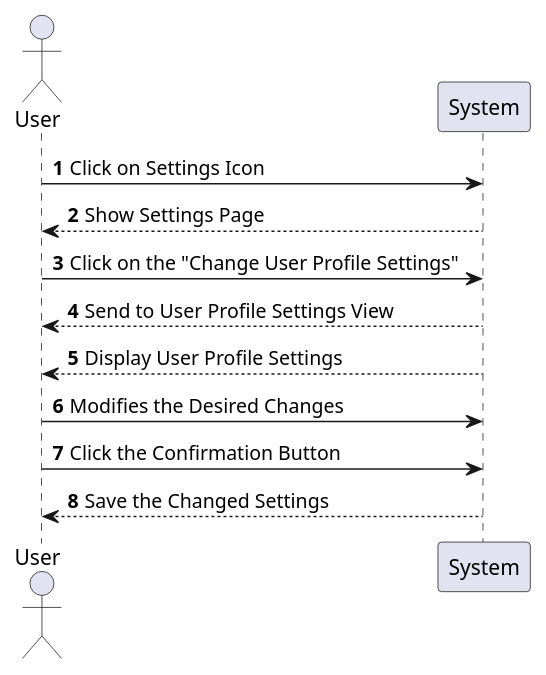
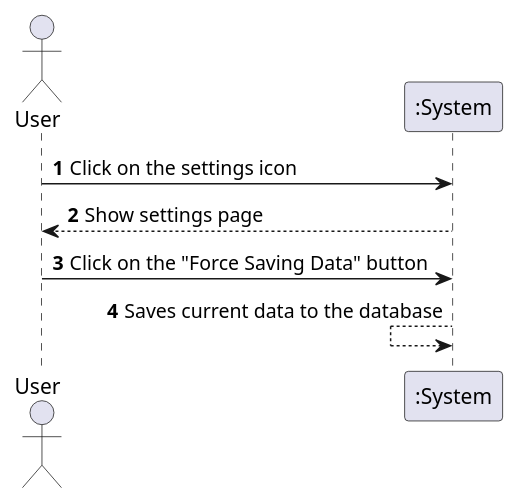
Before and after one commit to VitorHTeixeira/DSSMV_ProjectDroid_1232067_1241131_1241008: the diagram in UMLs/UC_SSD/uml/UCSS_UCSSD/UCSS4_UCSSD.puml, drawn with PlantUML. The commit also changed other lines of this file and 32 other files, not shown here.

```diff
--- a/UMLs/UC_SSD/uml/UCSS_UCSSD/UCSS4_UCSSD.puml
+++ b/UMLs/UC_SSD/uml/UCSS_UCSSD/UCSS4_UCSSD.puml
@@ -1,20 +1,15 @@
 @startuml
 'https://plantuml.com/sequence-diagram
 
 autonumber
 
-Actor "User" as user
-participant "System" as sys
+actor "User" as user
+participant ":System" as sys
 
-user -> sys : Click on Settings Icon
-user <-- sys : Show Settings Page
+user -> sys: Click on the settings icon
+user <-- sys: Show settings page
 
-user -> sys : Click on the "Change User Profile Settings"
-user <-- sys : Send to User Profile Settings View
-user <-- sys : Display User Profile Settings
-
-user -> sys : Modifies the Desired Changes
-user -> sys : Click the Confirmation Button
-user <-- sys : Save the Changed Settings
+user -> sys: Click on the "Force Saving Data" button
+sys <-- sys: Saves current data to the database
 
 @enduml
```
